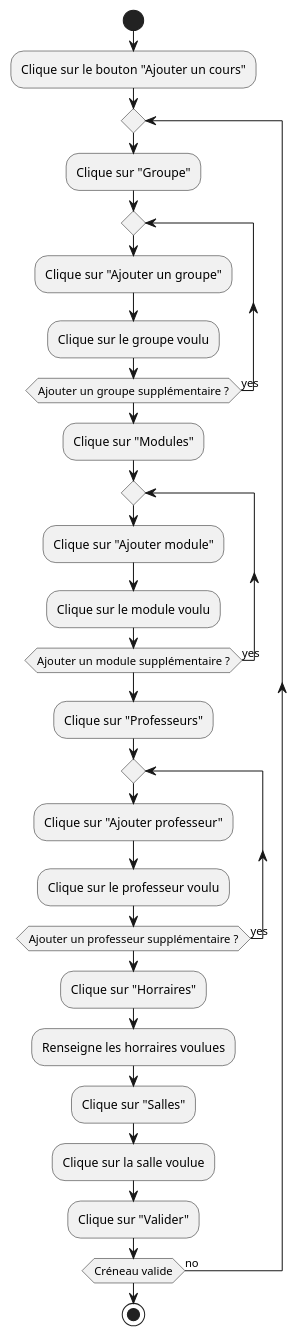
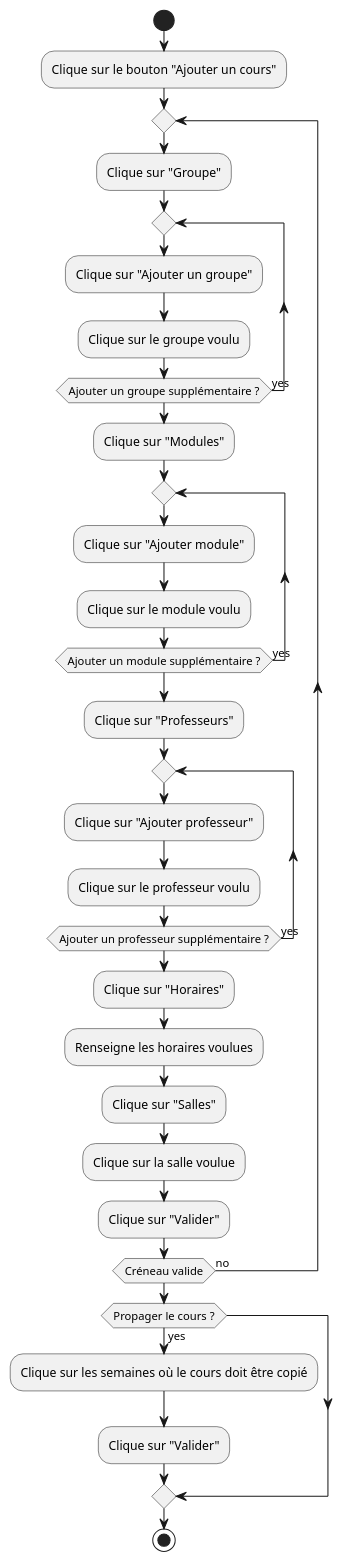
One commit to tombartos/projet-planning changed the diagram in Doc/Specifications/Diag_activites_UC11.plantuml. Above: the diagram before and after it, drawn with PlantUML. The commit also changed 3 other files, not shown here.

```diff
--- a/Doc/Specifications/Diag_activites_UC11.plantuml
+++ b/Doc/Specifications/Diag_activites_UC11.plantuml
@@ -1,29 +1,34 @@
 @startuml
 start
 :Clique sur le bouton "Ajouter un cours";
 
 repeat
     :Clique sur "Groupe";
     repeat
         :Clique sur "Ajouter un groupe";
         :Clique sur le groupe voulu;
     repeat while (Ajouter un groupe supplémentaire ?) is (yes)
     :Clique sur "Modules";
     repeat
         :Clique sur "Ajouter module";
         :Clique sur le module voulu;
     repeat while (Ajouter un module supplémentaire ?) is (yes)
 
     :Clique sur "Professeurs";
     repeat
         :Clique sur "Ajouter professeur";
         :Clique sur le professeur voulu;
     repeat while (Ajouter un professeur supplémentaire ?) is (yes)
-    :Clique sur "Horraires";
-    :Renseigne les horraires voulues;
+    :Clique sur "Horaires";
+    :Renseigne les horaires voulues;
     :Clique sur "Salles";
     :Clique sur la salle voulue;
     :Clique sur "Valider";
 repeat while (Créneau valide) is (no)
+
+if (Propager le cours ?) then (yes)
+    :Clique sur les semaines où le cours doit être copié;
+    :Clique sur "Valider";
+endif
 stop
 @enduml
```
